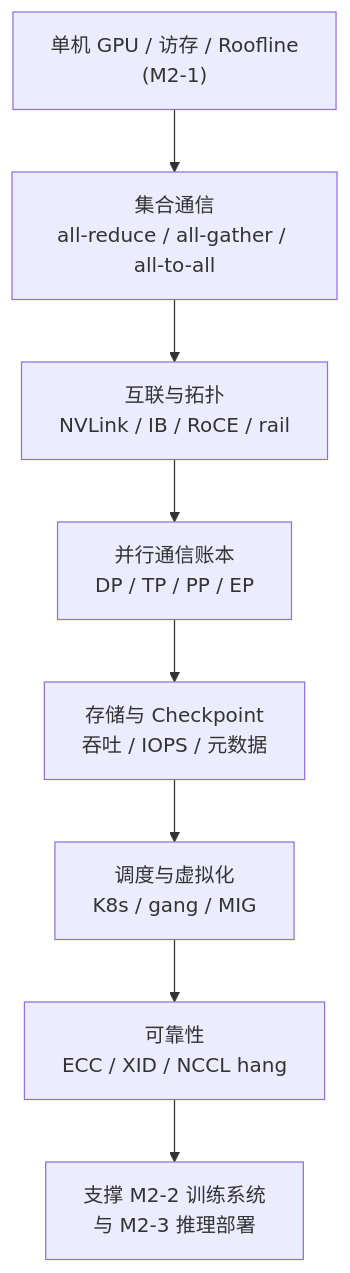
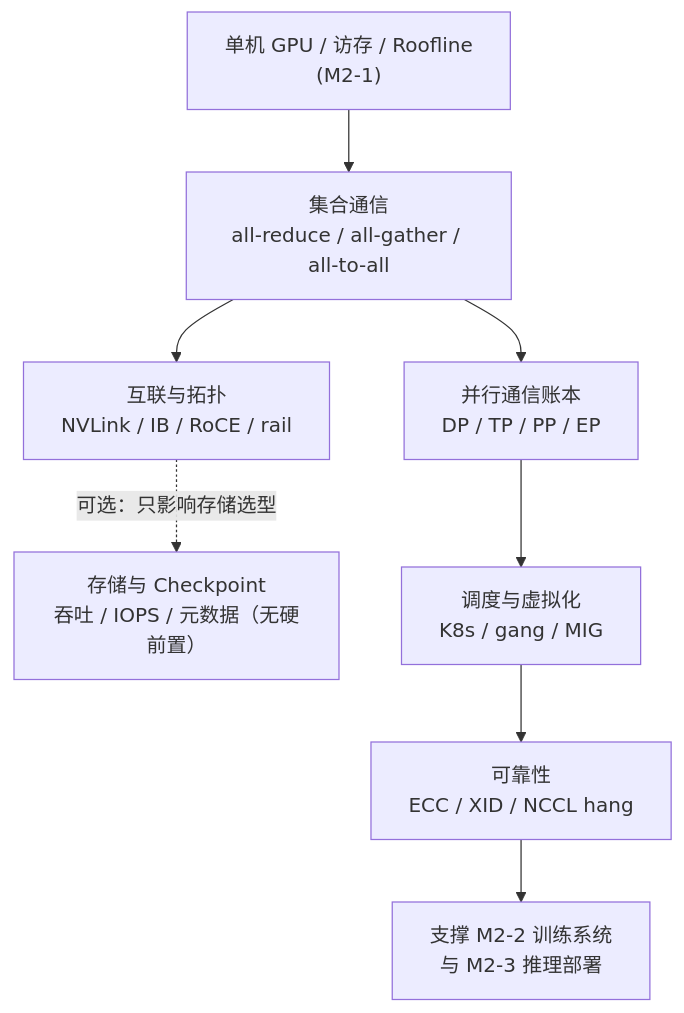
The diagram in docs/notes/24_distributed_base.md (Xingkai98/ai-infra-notes-site), drawn with Mermaid before and after one commit. The commit also changed other lines of this file and 7 other files, not shown here.

````diff
--- a/docs/notes/24_distributed_base.md
+++ b/docs/notes/24_distributed_base.md
@@ -30,10 +31,11 @@
 ```mermaid
 graph TD
   A["单机 GPU / 访存 / Roofline<br/>(M2-1)"] --> B["集合通信<br/>all-reduce / all-gather / all-to-all"]
   B --> C["互联与拓扑<br/>NVLink / IB / RoCE / rail"]
-  C --> D["并行通信账本<br/>DP / TP / PP / EP"]
-  D --> E["存储与 Checkpoint<br/>吞吐 / IOPS / 元数据"]
-  E --> F["调度与虚拟化<br/>K8s / gang / MIG"]
+  C -. 可选：只影响存储选型 .-> E["存储与 Checkpoint<br/>吞吐 / IOPS / 元数据（无硬前置）"]
+  B --> D["并行通信账本<br/>DP / TP / PP / EP"]
+  %% 存储(E) 不指向并行账本(D)：§6 只依赖 §2，E 可后读
+  D --> F["调度与虚拟化<br/>K8s / gang / MIG"]
   F --> G["可靠性<br/>ECC / XID / NCCL hang"]
   G --> H["支撑 M2-2 训练系统<br/>与 M2-3 推理部署"]
 ```
````
